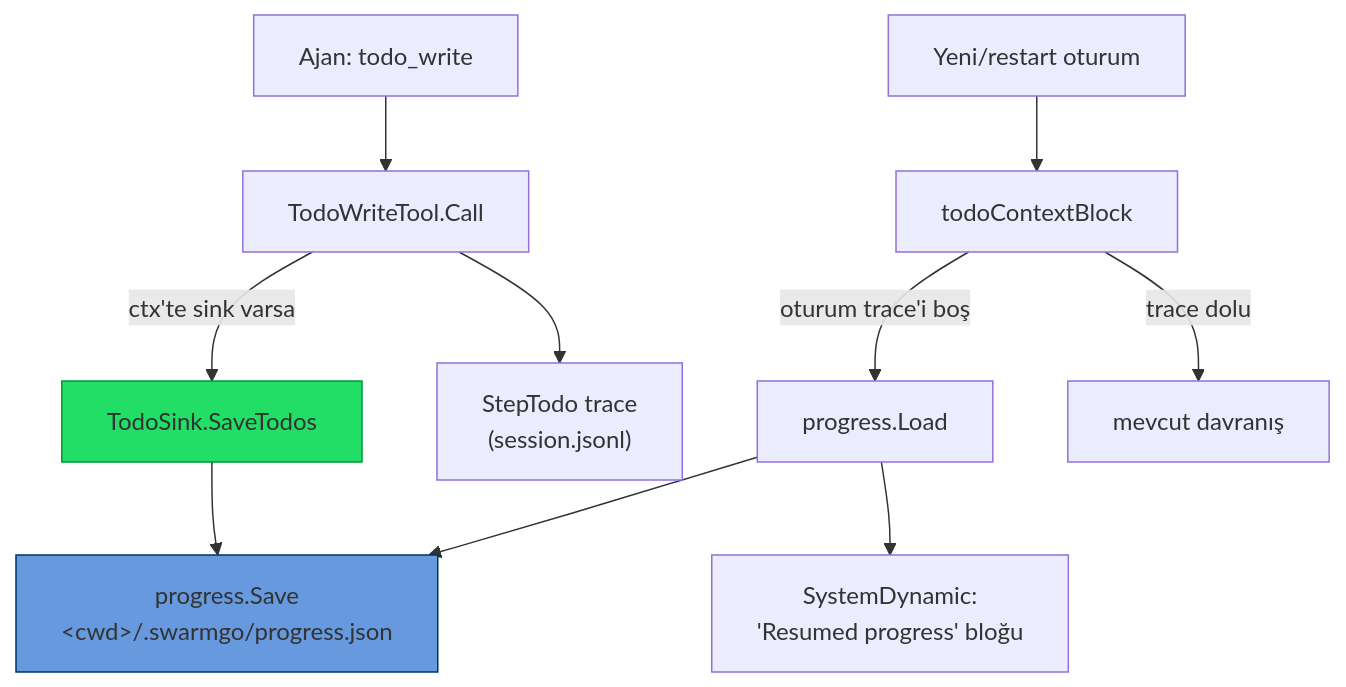
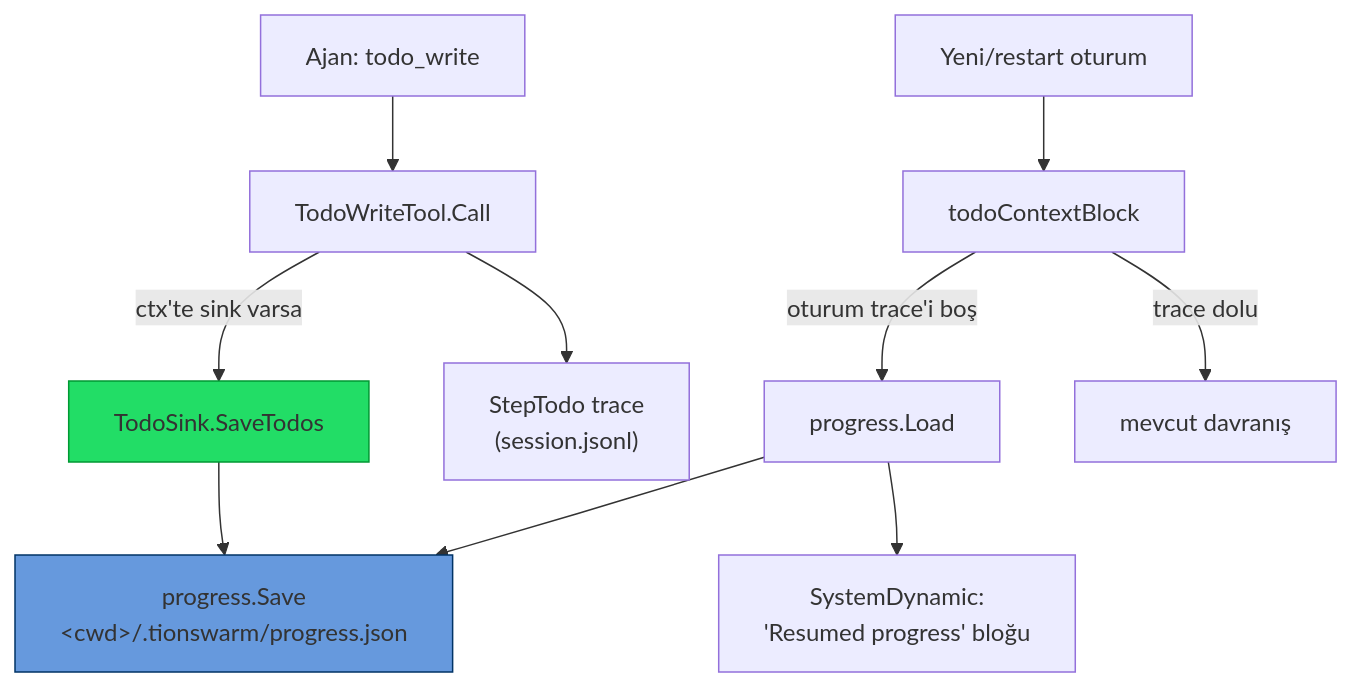
One commit to bilal-arikan/tionharness changed the diagram in _Docs/36-KALICI-ILERLEME.md. Above: the diagram before and after it, drawn with Mermaid. The commit also changed other lines of this file and 433 other files, not shown here.

````diff
--- a/_Docs/36-KALICI-ILERLEME.md
+++ b/_Docs/36-KALICI-ILERLEME.md
@@ -49,14 +49,14 @@
 ```mermaid
 graph TD
     AGENT["Ajan: todo_write"] --> TOOL["TodoWriteTool.Call"]
     TOOL -->|"ctx'te sink varsa"| SINK["TodoSink.SaveTodos"]
-    SINK --> DISK["progress.Save<br/>&lt;cwd&gt;/.swarmgo/progress.json"]
+    SINK --> DISK["progress.Save<br/>&lt;cwd&gt;/.tionswarm/progress.json"]
     TOOL --> STEP["StepTodo trace<br/>(session.jsonl)"]
     FRESH["Yeni/restart oturum"] --> CB["todoContextBlock"]
     CB -->|"oturum trace'i boş"| LOAD["progress.Load"]
     LOAD --> DISK
     LOAD --> INJECT["SystemDynamic:<br/>'Resumed progress' bloğu"]
     CB -->|"trace dolu"| OWN["mevcut davranış"]
     style DISK fill:#69d,stroke:#036
     style SINK fill:#2d6,stroke:#093
 ```
````
